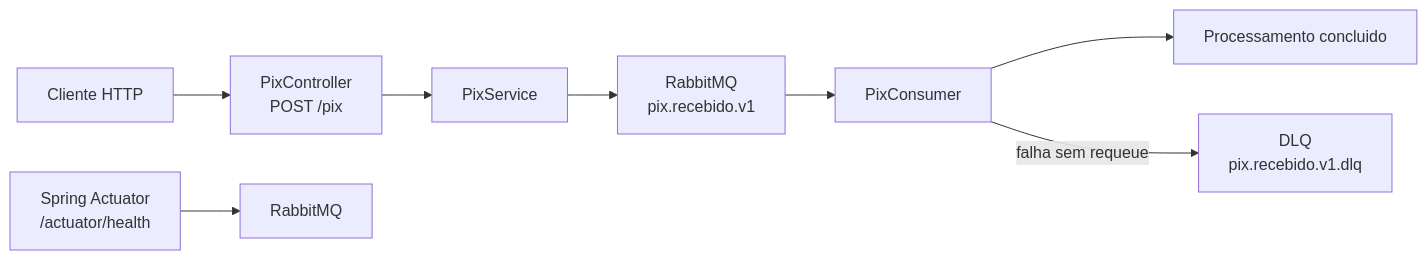
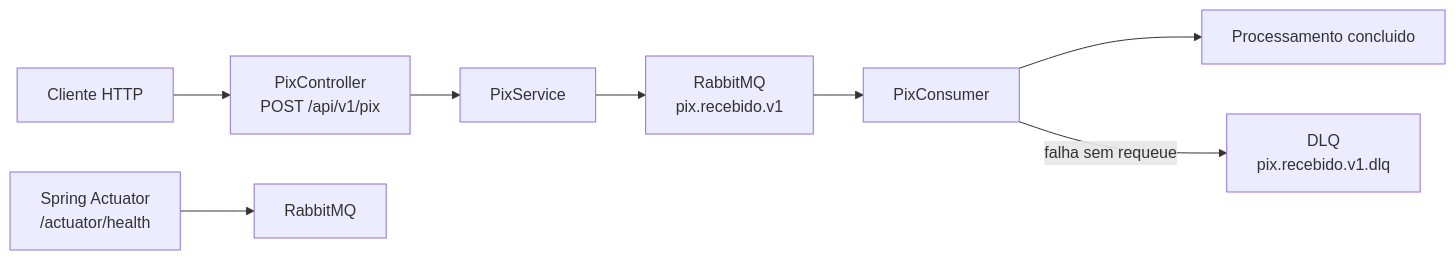
Before and after one commit to Famel-svg/SafePix_Async: the diagram in README.md, drawn with Mermaid. The commit also changed other lines of this file and 15 other files, not shown here.

First line of the commit message:
feat(api): add Pix request/event contract

````diff
--- a/README.md
+++ b/README.md
@@ -12,10 +12,10 @@
 ```mermaid
 flowchart LR
-    Client["Cliente HTTP"] --> Controller["PixController<br/>POST /pix"]
+    Client["Cliente HTTP"] --> Controller["PixController<br/>POST /api/v1/pix"]
     Controller --> Service["PixService"]
     Service --> Queue["RabbitMQ<br/>pix.recebido.v1"]
     Queue --> Consumer["PixConsumer"]
     Consumer --> Success["Processamento concluido"]
     Consumer -->|falha sem requeue| DLQ["DLQ<br/>pix.recebido.v1.dlq"]
     App["Spring Actuator<br/>/actuator/health"] --> Rabbit["RabbitMQ"]
 ```
````
